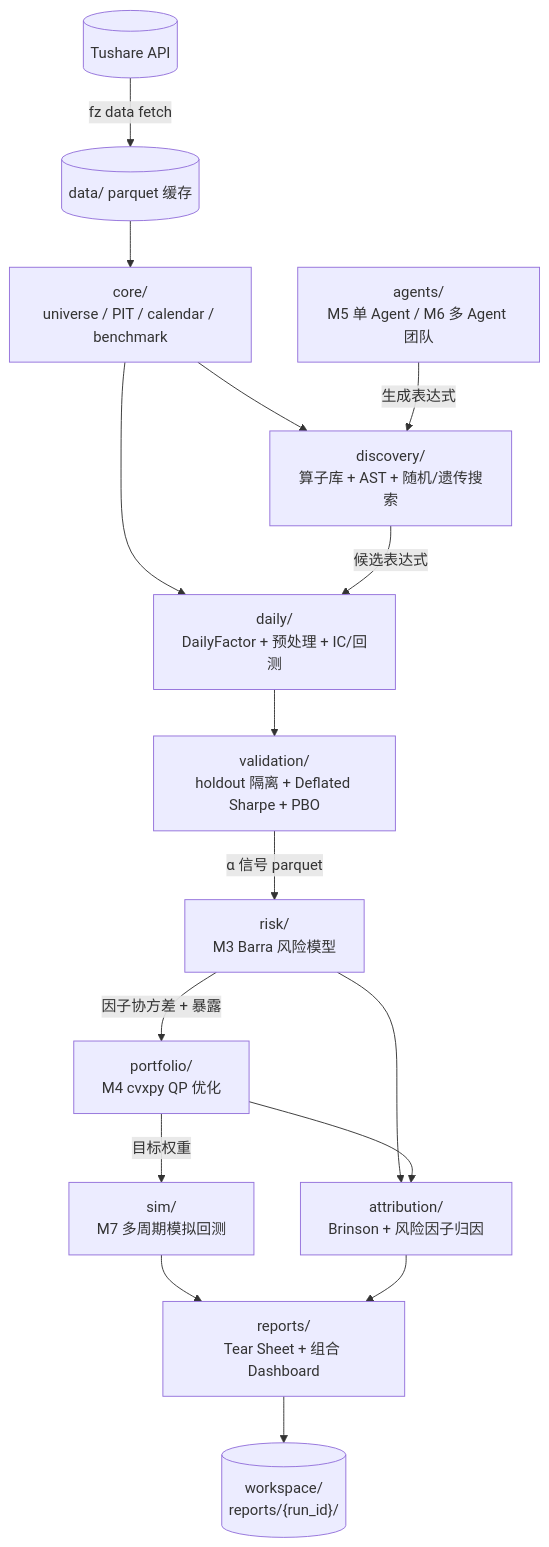
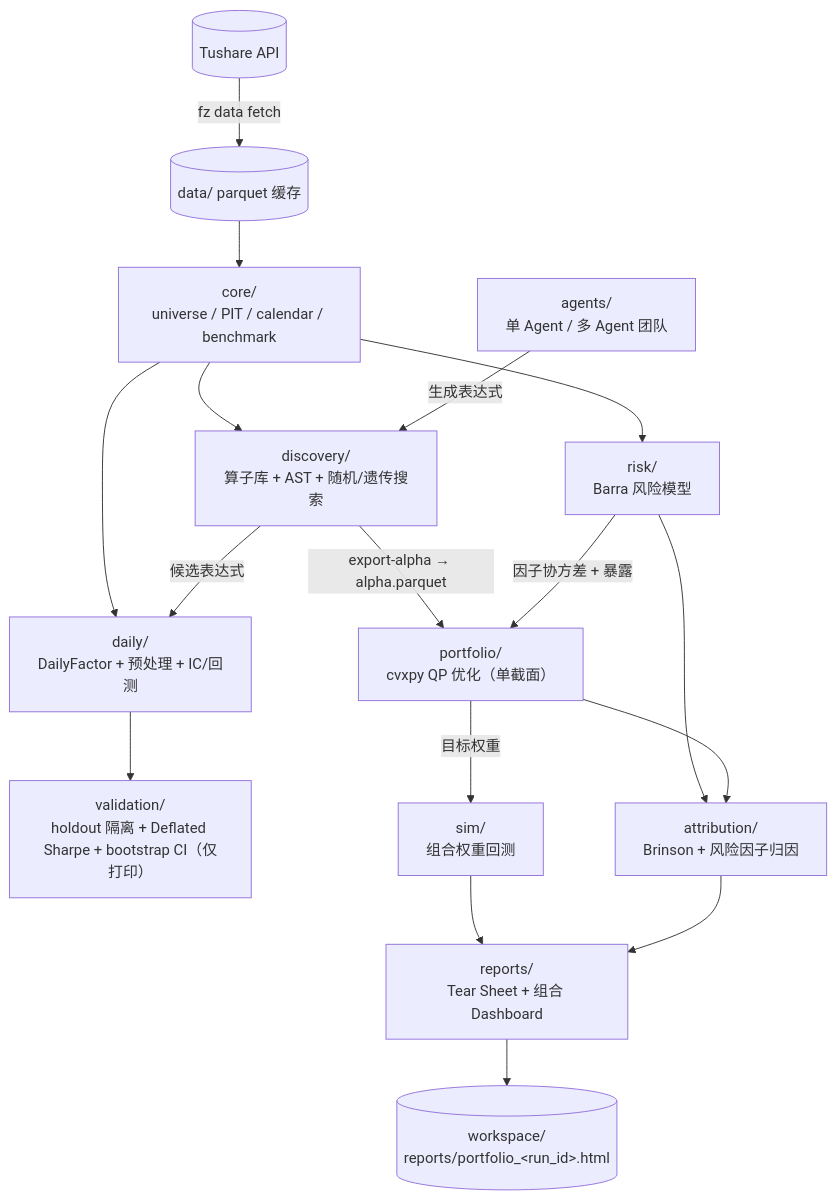
Before and after one commit to rookiewu417/FactorZen: the diagram in docs/architecture.md, drawn with Mermaid. The commit also changed other lines of this file and 13 other files, not shown here.

Commit message:
docs+feat: 文档准确性大修(对照代码修硬伤 + 对外去内部里程碑代号) + mine export-alpha 闭环六步走 + 新增项目 CLAUDE.md

````diff
--- a/docs/architecture.md
+++ b/docs/architecture.md
@@ -64,27 +64,27 @@
 ```mermaid
 graph TD
     TS[("Tushare API")] -->|fz data fetch| DATA[("data/ parquet 缓存")]
 
     DATA --> CORE["core/<br/>universe / PIT / calendar / benchmark"]
 
     CORE --> DAILY["daily/<br/>DailyFactor + 预处理 + IC/回测"]
     CORE --> DISC["discovery/<br/>算子库 + AST + 随机/遗传搜索"]
+    CORE --> RISK["risk/<br/>Barra 风险模型"]
 
     DISC -->|候选表达式| DAILY
-    AGENTS["agents/<br/>M5 单 Agent / M6 多 Agent 团队"] -->|生成表达式| DISC
+    AGENTS["agents/<br/>单 Agent / 多 Agent 团队"] -->|生成表达式| DISC
 
-    DAILY --> VAL["validation/<br/>holdout 隔离 + Deflated Sharpe + PBO"]
+    DAILY --> VAL["validation/<br/>holdout 隔离 + Deflated Sharpe + bootstrap CI（仅打印）"]
 
-    VAL -->|α 信号 parquet| RISK["risk/<br/>M3 Barra 风险模型"]
-
-    RISK -->|因子协方差 + 暴露| PORT["portfolio/<br/>M4 cvxpy QP 优化"]
+    DISC -->|export-alpha → alpha.parquet| PORT["portfolio/<br/>cvxpy QP 优化（单截面）"]
+    RISK -->|因子协方差 + 暴露| PORT
     RISK --> ATTR["attribution/<br/>Brinson + 风险因子归因"]
     PORT --> ATTR
 
-    PORT -->|目标权重| SIM["sim/<br/>M7 多周期模拟回测"]
+    PORT -->|目标权重| SIM["sim/<br/>组合权重回测"]
 
     SIM --> RPT["reports/<br/>Tear Sheet + 组合 Dashboard"]
     ATTR --> RPT
 
-    RPT --> WS[("workspace/<br/>reports/{run_id}/")]
+    RPT --> WS[("workspace/<br/>reports/portfolio_&lt;run_id&gt;.html")]
 ```
````
